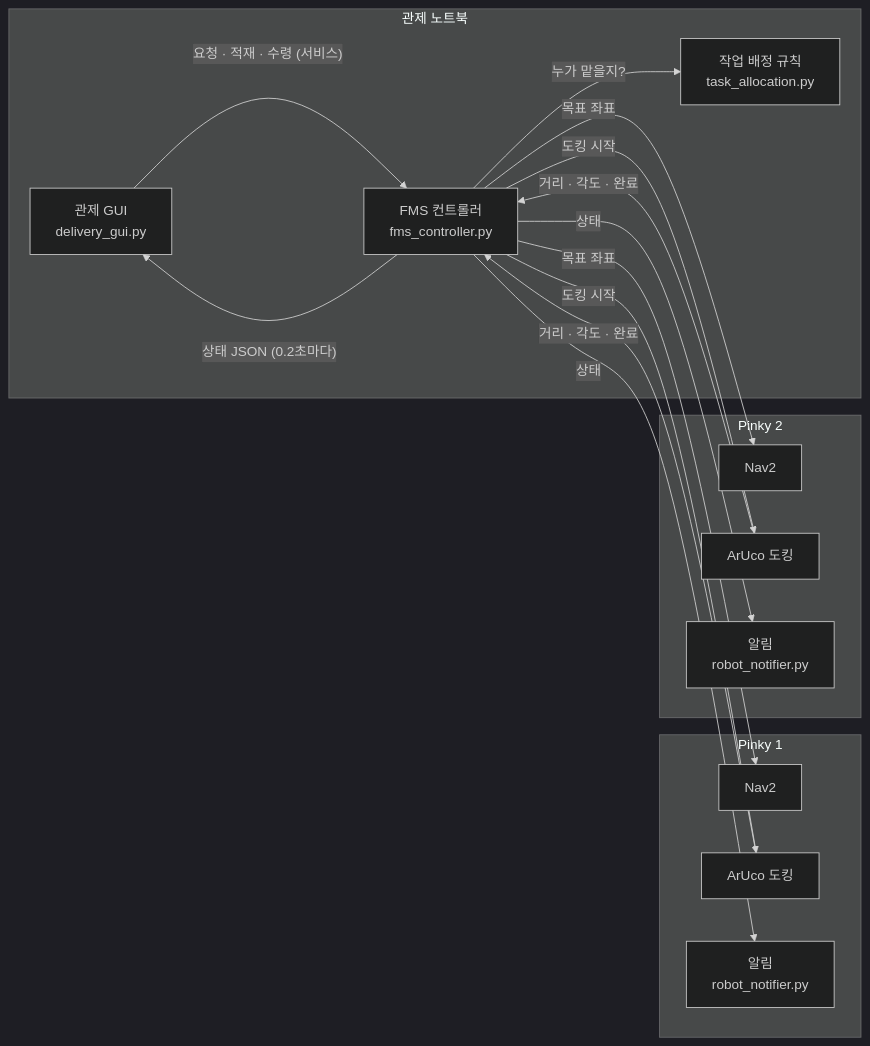
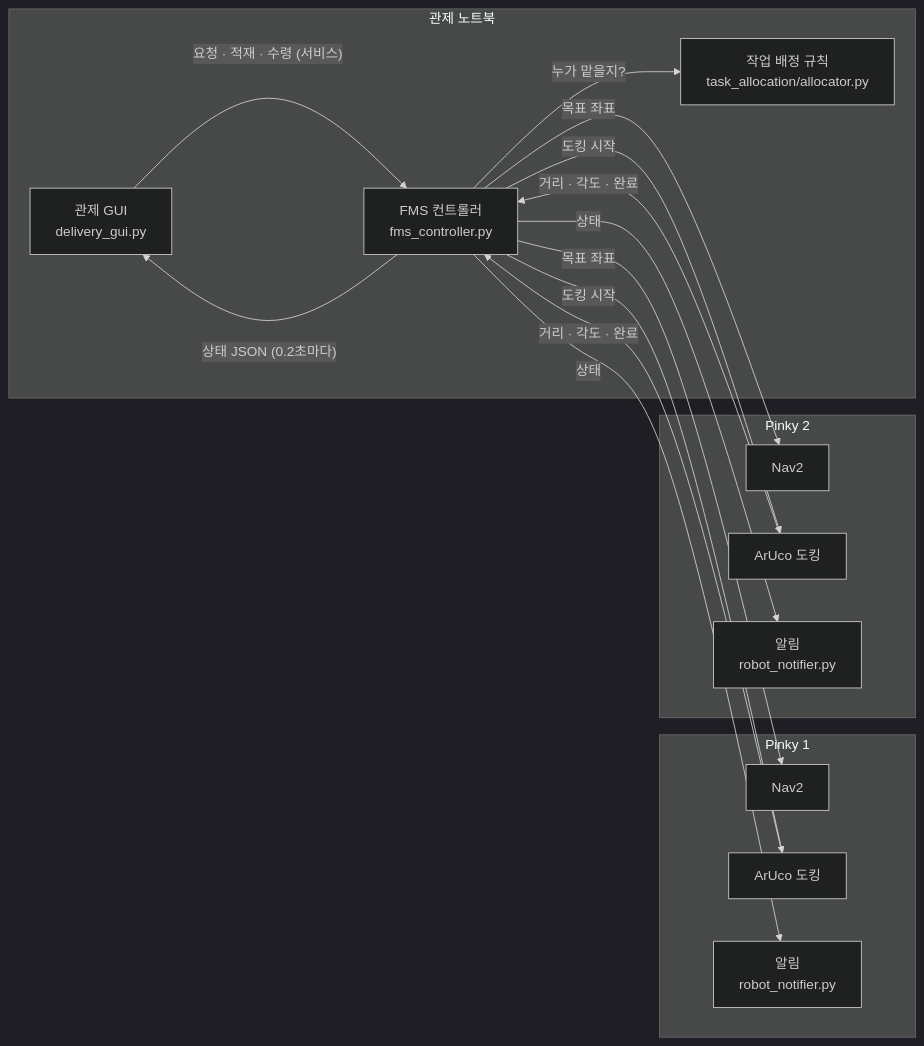
Before and after one commit to brianpark1223/pinky_mini: the first of 2 diagrams in README.md, drawn with Mermaid (dark theme). The commit also changed other lines of this file and 6 other files, not shown here.

````diff
--- a/README.md
+++ b/README.md
@@ -31,25 +31,25 @@
 ```mermaid
 flowchart LR
     subgraph Laptop["관제 노트북"]
         GUI["관제 GUI<br/>delivery_gui.py"]
         FMS["FMS 컨트롤러<br/>fms_controller.py"]
-        ALLOC["작업 배정 규칙<br/>task_allocation.py"]
+        ALLOC["작업 배정 규칙<br/>task_allocation/allocator.py"]
     end
     subgraph P1["Pinky 1"]
         N1["Nav2"]
         D1["ArUco 도킹"]
         S1["알림<br/>robot_notifier.py"]
     end
     subgraph P2["Pinky 2"]
         N2["Nav2"]
         D2["ArUco 도킹"]
         S2["알림<br/>robot_notifier.py"]
     end
     GUI -- "요청 · 적재 · 수령 (서비스)" --> FMS
     FMS -- "누가 맡을지?" --> ALLOC
     FMS -- "상태 JSON (0.2초마다)" --> GUI
     FMS -- "목표 좌표" --> N1 & N2
     FMS -- "도킹 시작" --> D1 & D2
     D1 & D2 -- "거리 · 각도 · 완료" --> FMS
     FMS -- "상태" --> S1 & S2
 ```
````
